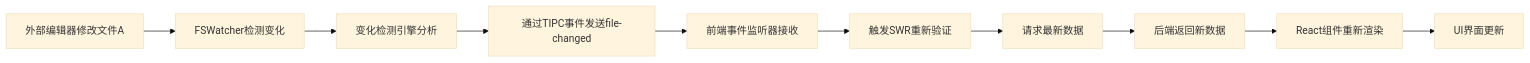
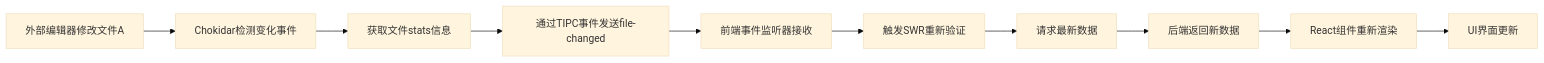
Before and after one commit to wibus-wee/ClarityFile: the second of 6 diagrams in RFCs/RFC-001-Intelligent-File-Management-and-Bidirectional-Sync.md, drawn with Mermaid (base theme). The commit also changed other lines of this file and 1 other file, not shown here.

Commit message:
feat(schema): update syncStates and changeLogs tables to enhance file synchronization tracking

````diff
--- a/RFCs/RFC-001-Intelligent-File-Management-and-Bidirectional-Sync.md
+++ b/RFCs/RFC-001-Intelligent-File-Management-and-Bidirectional-Sync.md
@@ -54,12 +53,12 @@
 ```mermaid
 graph LR
-    A[外部编辑器修改文件A] --> B[FSWatcher检测变化]
-    B --> C[变化检测引擎分析]
+    A[外部编辑器修改文件A] --> B[Chokidar检测变化事件]
+    B --> C[获取文件stats信息]
     C --> D[通过TIPC事件发送file-changed]
     D --> E[前端事件监听器接收]
     E --> F[触发SWR重新验证]
     F --> G[请求最新数据]
     G --> H[后端返回新数据]
     H --> I[React组件重新渲染]
     I --> J[UI界面更新]
 ```
````
